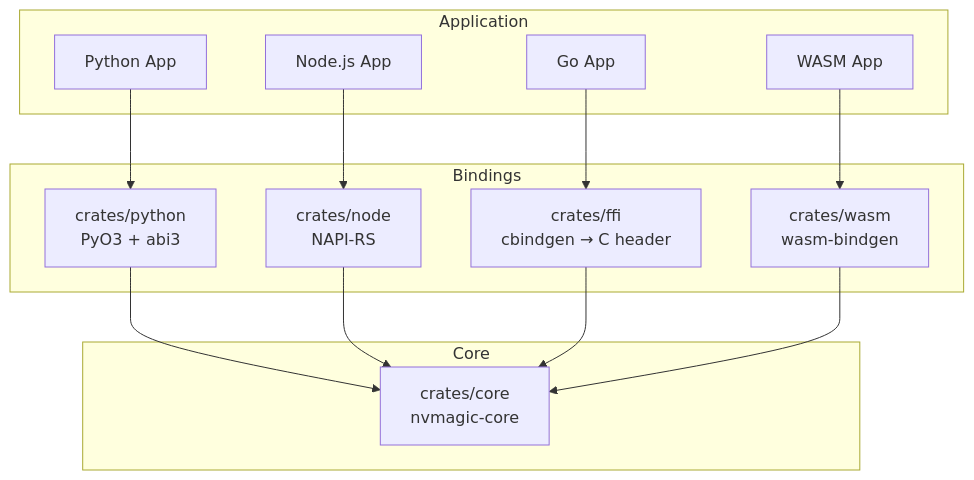
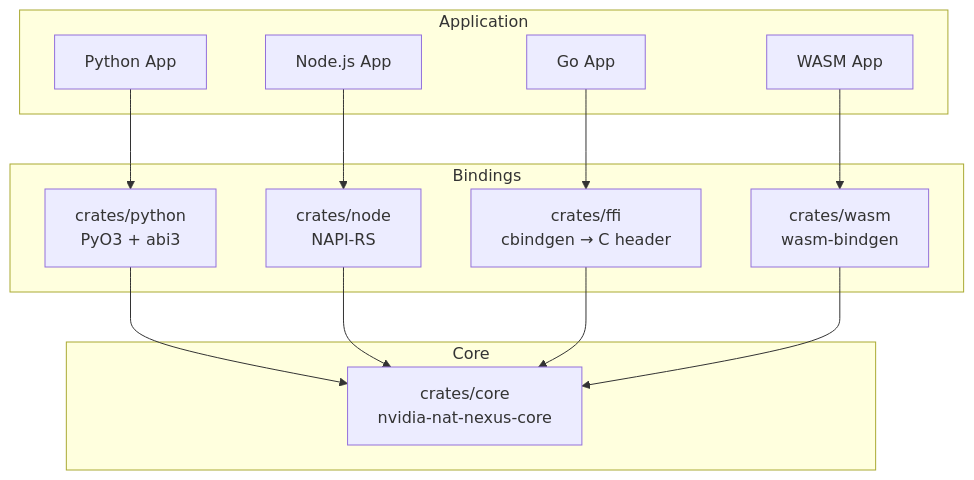
Before and after one commit to NVIDIA/NeMo-Relay: the first of 3 diagrams in docs/architecture.md, drawn with Mermaid. The commit also changed other lines of this file and 142 other files, not shown here.

````diff
--- a/docs/architecture.md
+++ b/docs/architecture.md
@@ -41,30 +41,30 @@
 ```mermaid
 graph TD
     subgraph "Application"
         PY[Python App]
         JS[Node.js App]
         GO[Go App]
         WA[WASM App]
     end
 
     subgraph "Bindings"
         PYO3[crates/python<br/>PyO3 + abi3]
         NAPI[crates/node<br/>NAPI-RS]
         FFI[crates/ffi<br/>cbindgen → C header]
         WASM[crates/wasm<br/>wasm-bindgen]
     end
 
     subgraph "Core"
-        CORE[crates/core<br/>nvmagic-core]
+        CORE[crates/core<br/>nvidia-nat-nexus-core]
     end
 
     PY --> PYO3
     JS --> NAPI
     GO --> FFI
     WA --> WASM
 
     PYO3 --> CORE
     NAPI --> CORE
     FFI --> CORE
     WASM --> CORE
 ```
````
